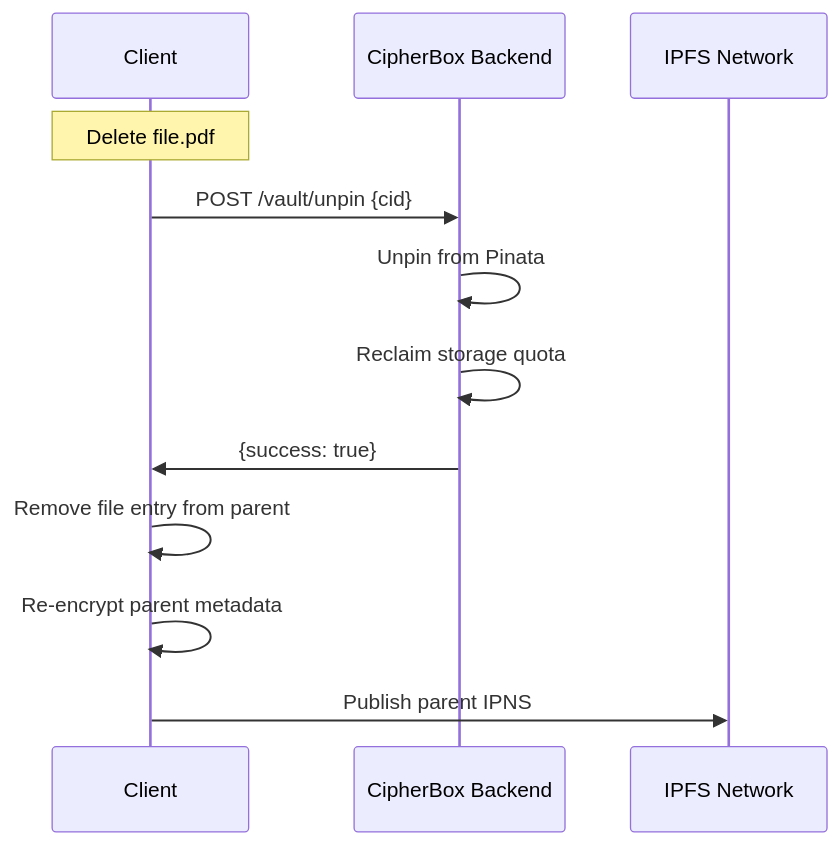
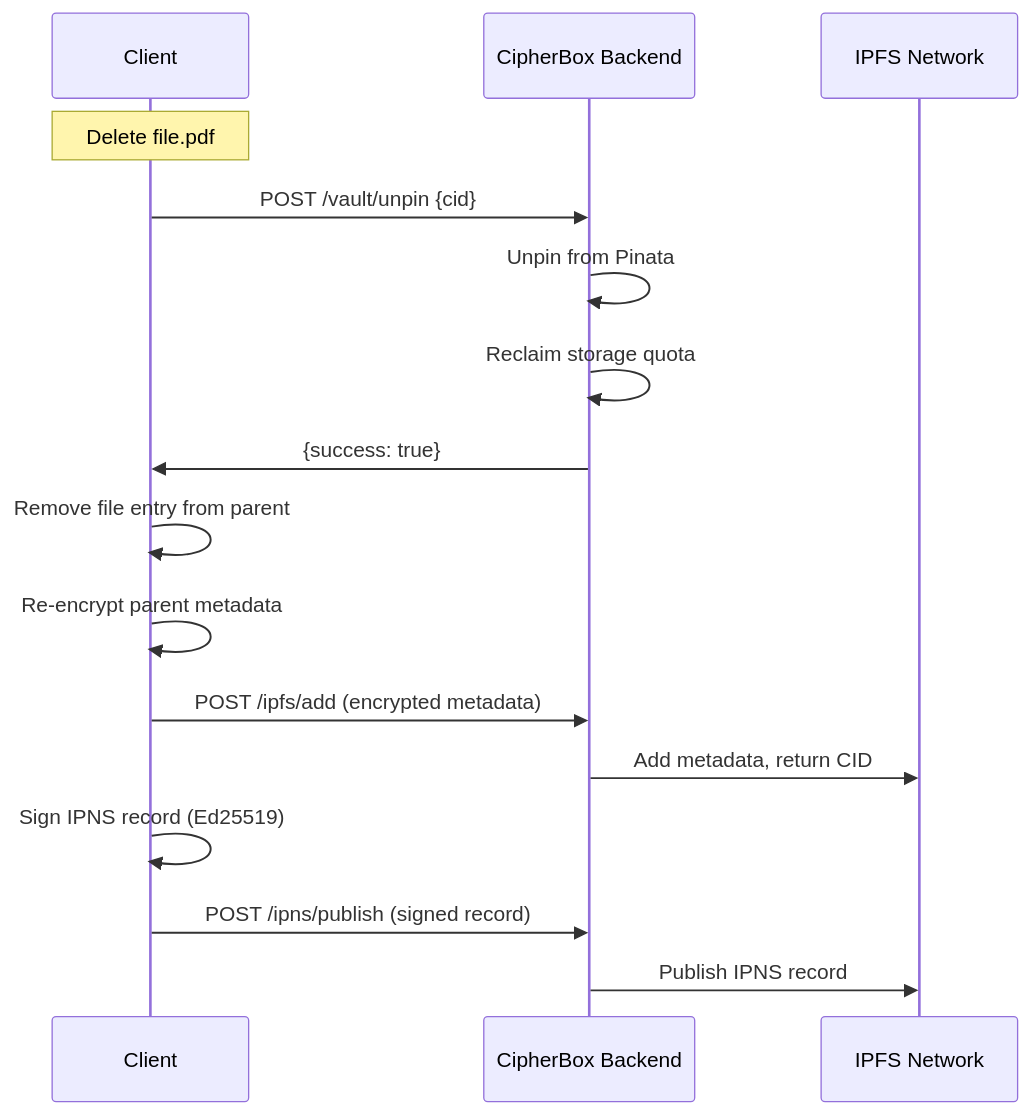
One commit to FSM1/cipher-box changed diagram 12 of 14 in Documentation/DATA_FLOWS.md. Above: the diagram before and after it, drawn with Mermaid. The commit also changed other lines of this file and 7 other files, not shown here.

Commit message:
bump version to 1.8.1 and update documentation for IPFS/IPNS relay integration

````diff
--- a/Documentation/DATA_FLOWS.md
+++ b/Documentation/DATA_FLOWS.md
@@ -430,17 +461,21 @@
 ```mermaid
 sequenceDiagram
     participant C as Client
     participant B as CipherBox Backend
     participant IPFS as IPFS Network
     
     Note over C: Delete file.pdf
     
     C->>B: POST /vault/unpin {cid}
     B->>B: Unpin from Pinata
     B->>B: Reclaim storage quota
     B->>C: {success: true}
     
     C->>C: Remove file entry from parent
     C->>C: Re-encrypt parent metadata
-    C->>IPFS: Publish parent IPNS
+    C->>B: POST /ipfs/add (encrypted metadata)
+    B->>IPFS: Add metadata, return CID
+    C->>C: Sign IPNS record (Ed25519)
+    C->>B: POST /ipns/publish (signed record)
+    B->>IPFS: Publish IPNS record
 ```
````
